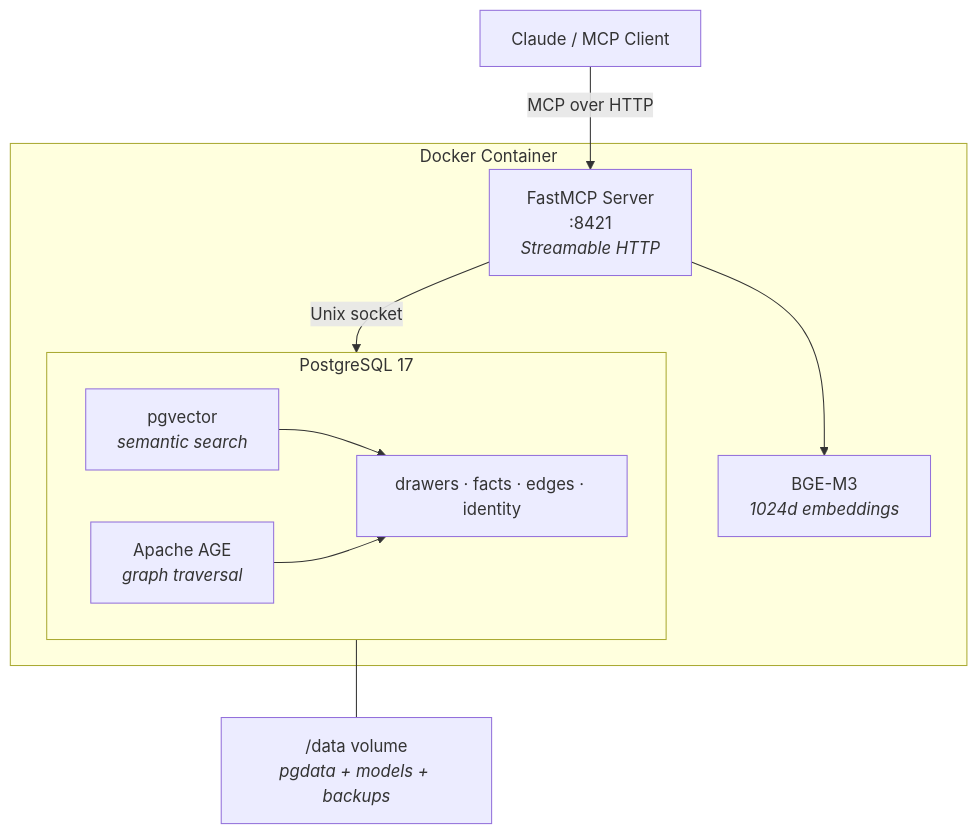
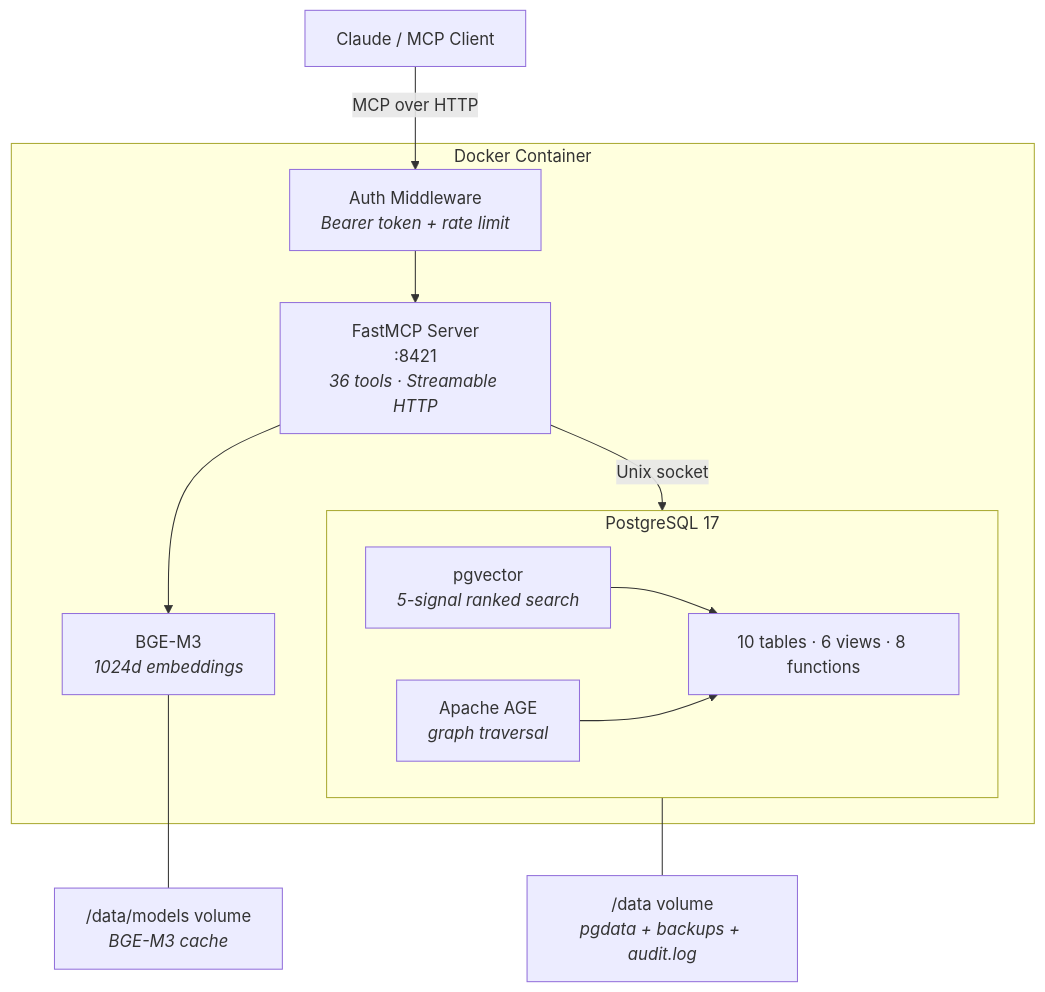
Before and after one commit to ufelmann/HiveMem: the first of 2 diagrams in README.md, drawn with Mermaid. The commit also changed other lines of this file, not shown here.

Commit message:
docs: comprehensive README update for v2 (36 tools, architecture, data model, search signals)

````diff
--- a/README.md
+++ b/README.md
@@ -202,24 +130,28 @@
 ```mermaid
 graph TB
     Client["Claude / MCP Client"]
 
     subgraph Container["Docker Container"]
-        MCP["FastMCP Server<br/>:8421<br/><i>Streamable HTTP</i>"]
+        Auth["Auth Middleware<br/><i>Bearer token + rate limit</i>"]
+        MCP["FastMCP Server<br/>:8421<br/><i>36 tools · Streamable HTTP</i>"]
         BGE["BGE-M3<br/><i>1024d embeddings</i>"]
 
         subgraph PG["PostgreSQL 17"]
-            pgvector["pgvector<br/><i>semantic search</i>"]
+            pgvector["pgvector<br/><i>5-signal ranked search</i>"]
             AGE["Apache AGE<br/><i>graph traversal</i>"]
-            Tables["drawers · facts · edges · identity"]
+            Tables["10 tables · 6 views · 8 functions"]
         end
     end
 
-    Volume["/data volume<br/><i>pgdata + models + backups</i>"]
+    Volume["/data volume<br/><i>pgdata + backups + audit.log</i>"]
+    Models["/data/models volume<br/><i>BGE-M3 cache</i>"]
 
-    Client -->|"MCP over HTTP"| MCP
+    Client -->|"MCP over HTTP"| Auth
+    Auth --> MCP
     MCP --> BGE
     MCP -->|"Unix socket"| PG
     pgvector --> Tables
     AGE --> Tables
     PG --- Volume
+    BGE --- Models
 ```
````
